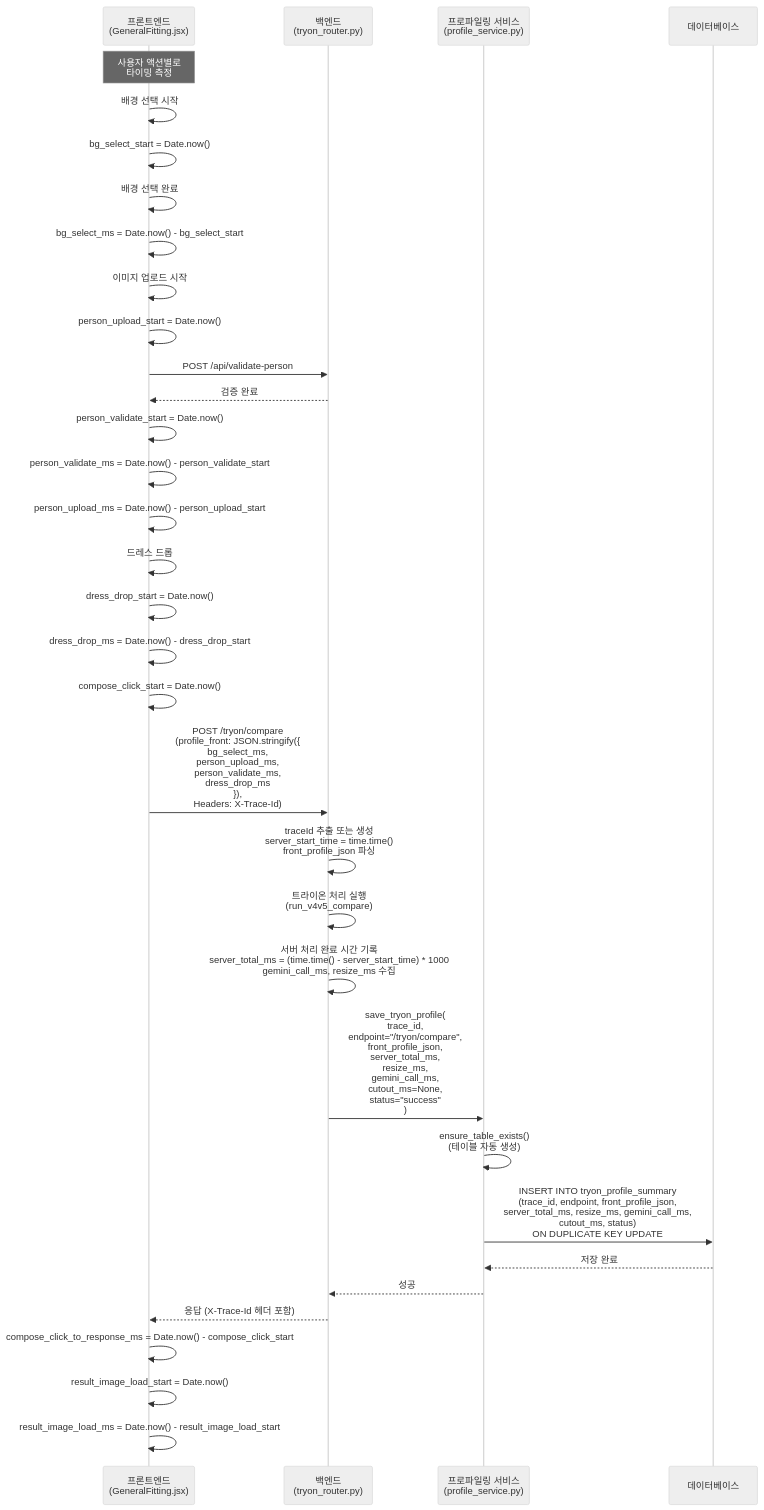
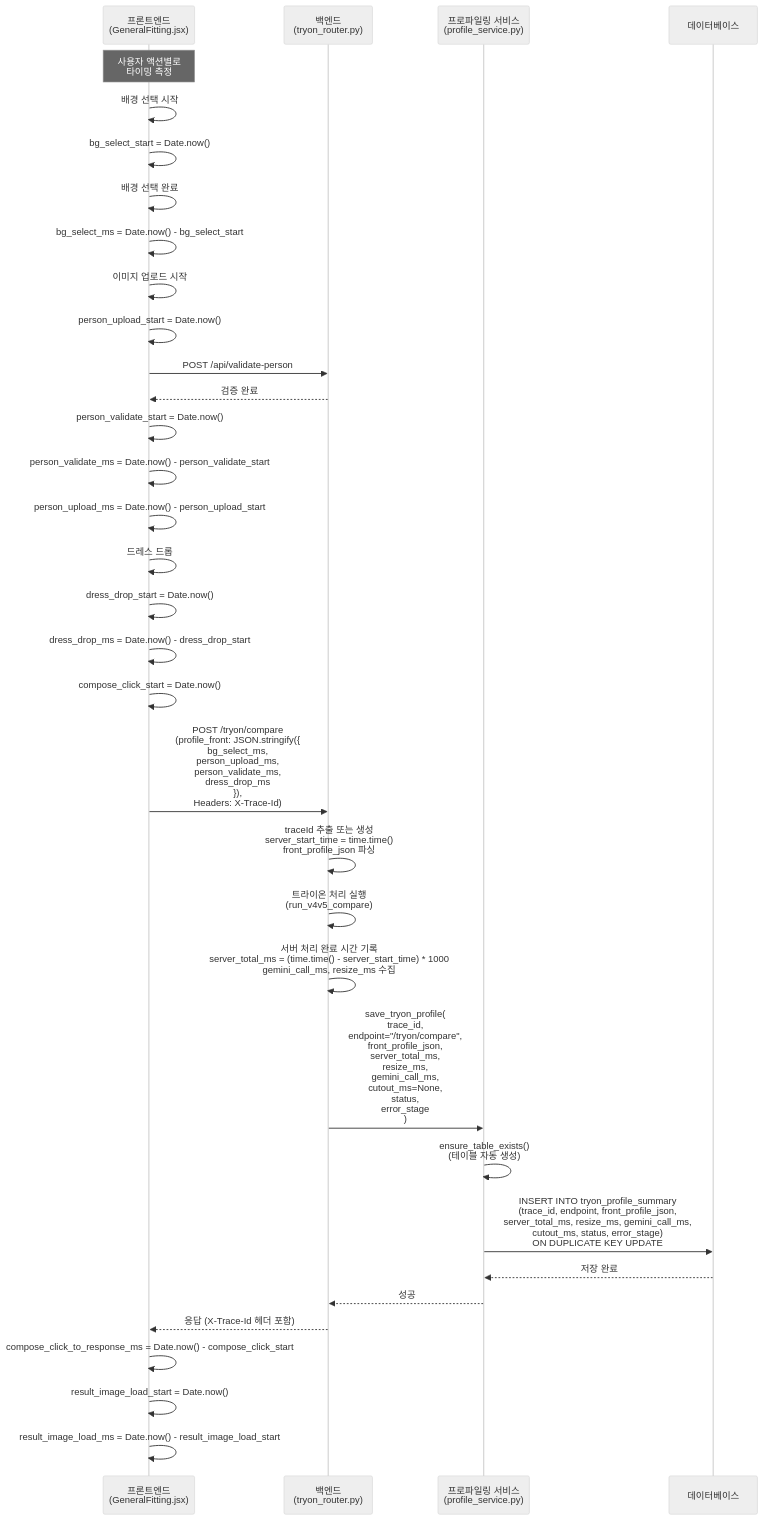
One commit to MerrydayPrject/final-repo-back changed diagram 15 of 16 in docs/sequence_diagrams.md. Above: the diagram before and after it, drawn with Mermaid (neutral theme). The commit also changed other lines of this file and 1 other file, not shown here.

````diff
--- a/docs/sequence_diagrams.md
+++ b/docs/sequence_diagrams.md
@@ -669,46 +706,46 @@
 ```mermaid
 sequenceDiagram
     participant Frontend as 프론트엔드<br/>(GeneralFitting.jsx)
     participant Backend as 백엔드<br/>(tryon_router.py)
     participant ProfileService as 프로파일링 서비스<br/>(profile_service.py)
     participant DB as 데이터베이스
 
     Note over Frontend: 사용자 액션별로<br/>타이밍 측정
     
     Frontend->>Frontend: 배경 선택 시작
     Frontend->>Frontend: bg_select_start = Date.now()
     Frontend->>Frontend: 배경 선택 완료
     Frontend->>Frontend: bg_select_ms = Date.now() - bg_select_start
     
     Frontend->>Frontend: 이미지 업로드 시작
     Frontend->>Frontend: person_upload_start = Date.now()
     Frontend->>Backend: POST /api/validate-person
     Backend-->>Frontend: 검증 완료
     Frontend->>Frontend: person_validate_start = Date.now()
     Frontend->>Frontend: person_validate_ms = Date.now() - person_validate_start
     Frontend->>Frontend: person_upload_ms = Date.now() - person_upload_start
     
     Frontend->>Frontend: 드레스 드롭
     Frontend->>Frontend: dress_drop_start = Date.now()
     Frontend->>Frontend: dress_drop_ms = Date.now() - dress_drop_start
     
     Frontend->>Frontend: compose_click_start = Date.now()
     Frontend->>Backend: POST /tryon/compare<br/>(profile_front: JSON.stringify({<br/>  bg_select_ms,<br/>  person_upload_ms,<br/>  person_validate_ms,<br/>  dress_drop_ms<br/>}),<br/>Headers: X-Trace-Id)
     
     Backend->>Backend: traceId 추출 또는 생성<br/>server_start_time = time.time()<br/>front_profile_json 파싱
     
     Backend->>Backend: 트라이온 처리 실행<br/>(run_v4v5_compare)
     Backend->>Backend: 서버 처리 완료 시간 기록<br/>server_total_ms = (time.time() - server_start_time) * 1000<br/>gemini_call_ms, resize_ms 수집
     
-    Backend->>ProfileService: save_tryon_profile(<br/>  trace_id,<br/>  endpoint="/tryon/compare",<br/>  front_profile_json,<br/>  server_total_ms,<br/>  resize_ms,<br/>  gemini_call_ms,<br/>  cutout_ms=None,<br/>  status="success"<br/>)
+    Backend->>ProfileService: save_tryon_profile(<br/>  trace_id,<br/>  endpoint="/tryon/compare",<br/>  front_profile_json,<br/>  server_total_ms,<br/>  resize_ms,<br/>  gemini_call_ms,<br/>  cutout_ms=None,<br/>  status,<br/>  error_stage<br/>)
     
     ProfileService->>ProfileService: ensure_table_exists()<br/>(테이블 자동 생성)
-    ProfileService->>DB: INSERT INTO tryon_profile_summary<br/>(trace_id, endpoint, front_profile_json,<br/>server_total_ms, resize_ms, gemini_call_ms,<br/>cutout_ms, status)<br/>ON DUPLICATE KEY UPDATE
+    ProfileService->>DB: INSERT INTO tryon_profile_summary<br/>(trace_id, endpoint, front_profile_json,<br/>server_total_ms, resize_ms, gemini_call_ms,<br/>cutout_ms, status, error_stage)<br/>ON DUPLICATE KEY UPDATE
     DB-->>ProfileService: 저장 완료
     ProfileService-->>Backend: 성공
     
     Backend-->>Frontend: 응답 (X-Trace-Id 헤더 포함)
     Frontend->>Frontend: compose_click_to_response_ms = Date.now() - compose_click_start
     Frontend->>Frontend: result_image_load_start = Date.now()
     Frontend->>Frontend: result_image_load_ms = Date.now() - result_image_load_start
 ```
````
